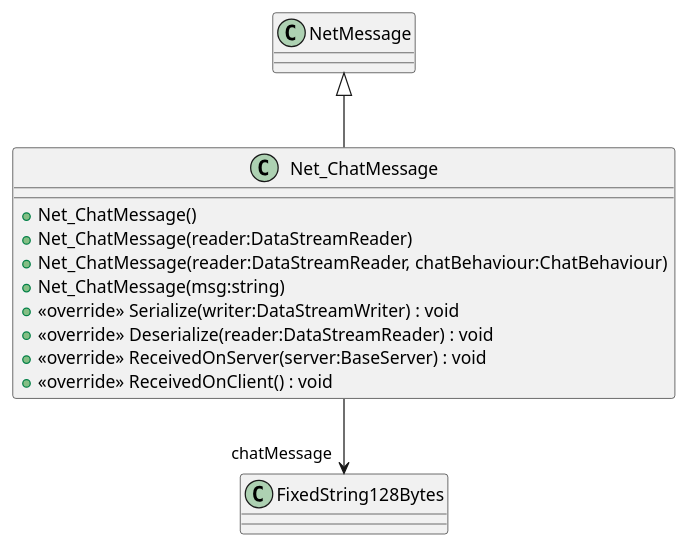
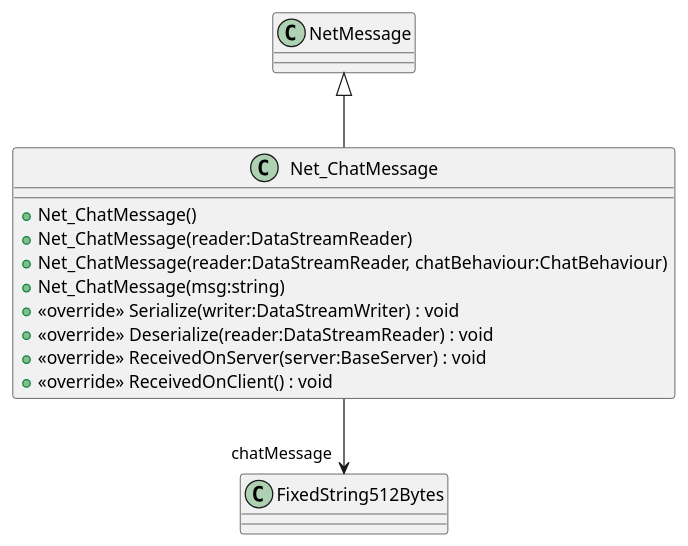
One commit to McYvar/NetworkProgramming changed the diagram in UML/Network/Shared/Net_ChatMessage.puml. Above: the diagram before and after it, drawn with PlantUML. The commit also changed 15 other files, not shown here.

Commit message:
Generate UML (Generate UML)

```diff
--- a/UML/Network/Shared/Net_ChatMessage.puml
+++ b/UML/Network/Shared/Net_ChatMessage.puml
@@ -1,14 +1,14 @@
 @startuml
 class Net_ChatMessage {
     + Net_ChatMessage()
     + Net_ChatMessage(reader:DataStreamReader)
     + Net_ChatMessage(reader:DataStreamReader, chatBehaviour:ChatBehaviour)
     + Net_ChatMessage(msg:string)
     + <<override>> Serialize(writer:DataStreamWriter) : void
     + <<override>> Deserialize(reader:DataStreamReader) : void
     + <<override>> ReceivedOnServer(server:BaseServer) : void
     + <<override>> ReceivedOnClient() : void
 }
 NetMessage <|-- Net_ChatMessage
-Net_ChatMessage --> "chatMessage" FixedString128Bytes
+Net_ChatMessage --> "chatMessage" FixedString512Bytes
 @enduml
```
